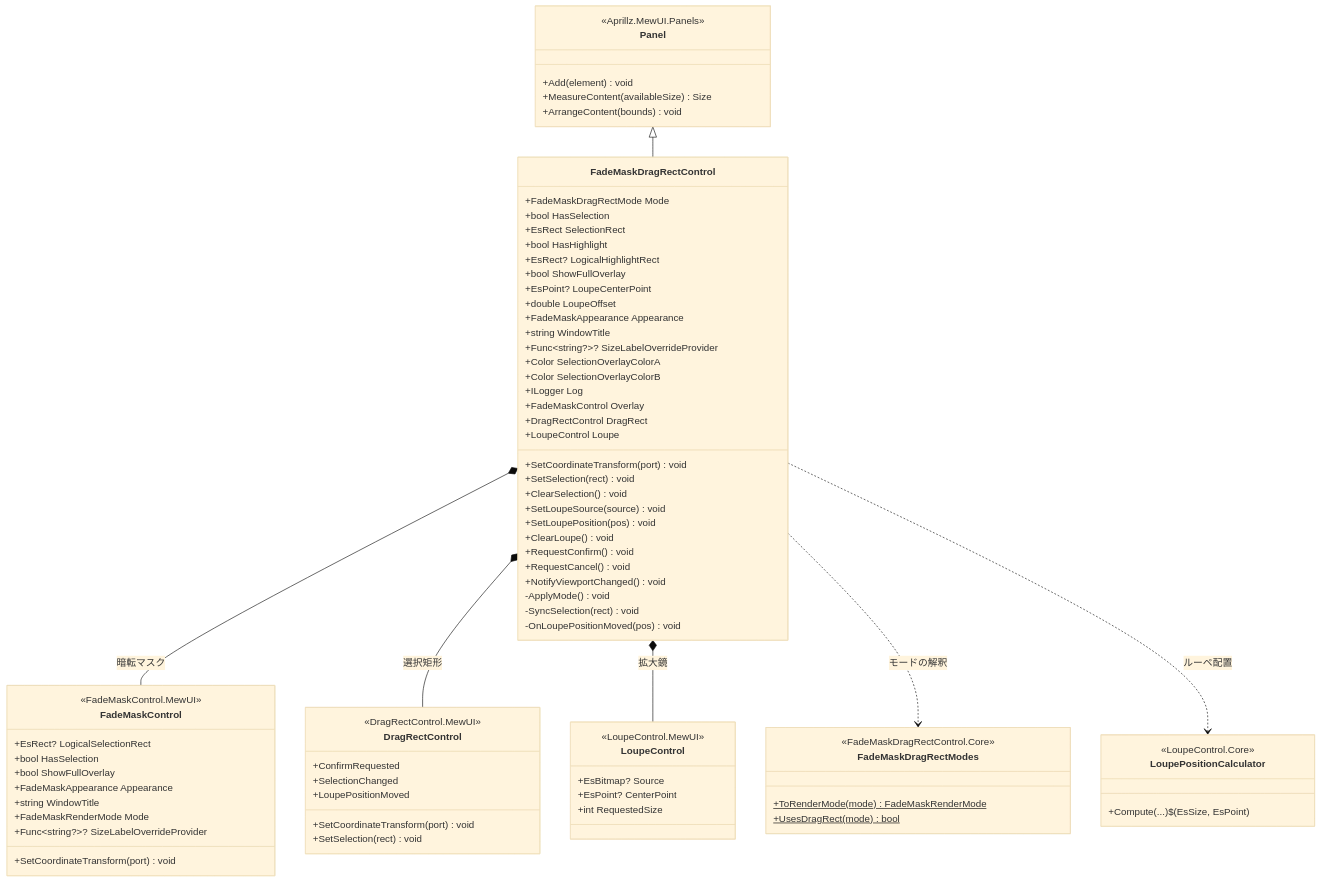
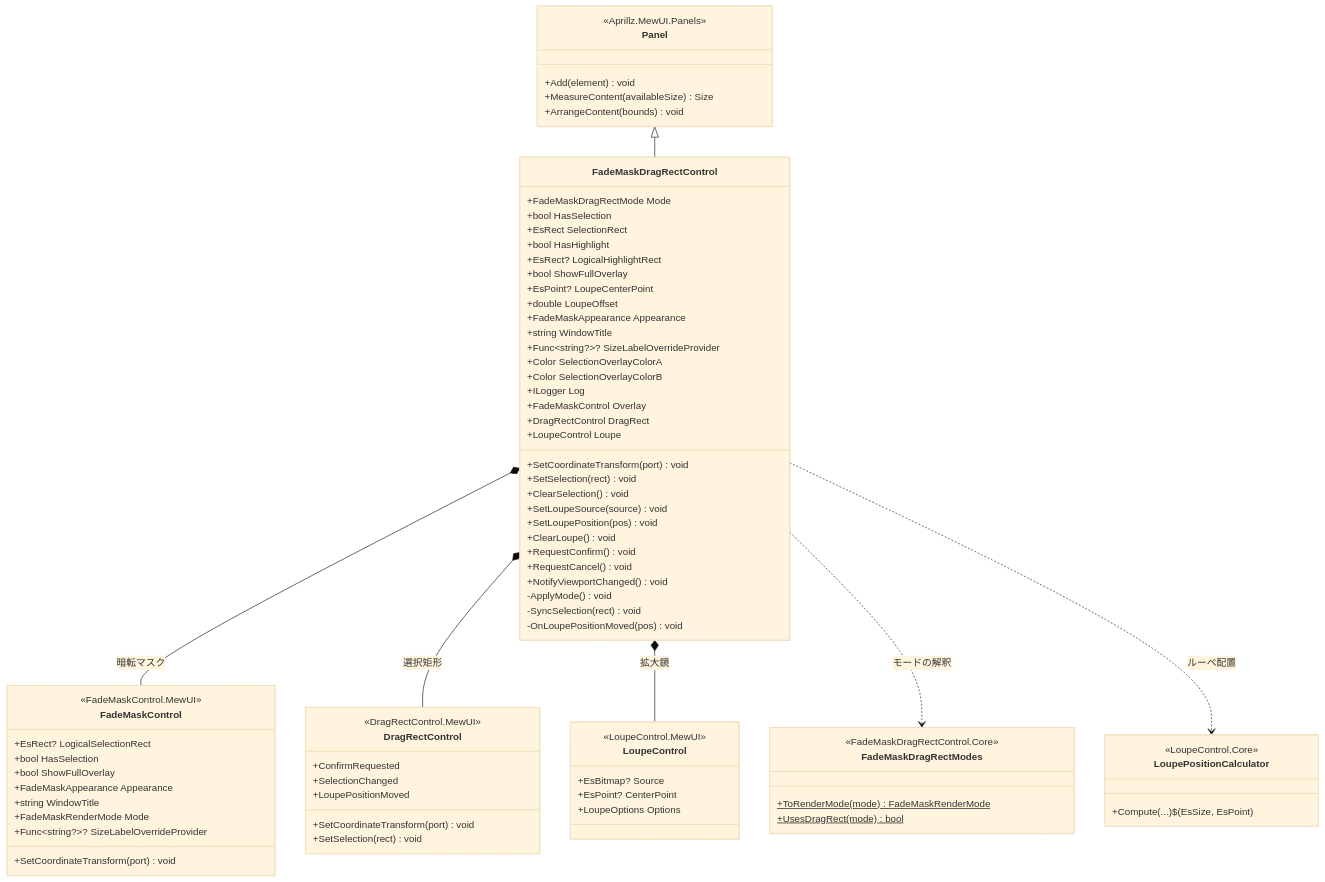
One commit to tomokuni/SaveEvidence changed the first of 4 diagrams in src/FadeMaskDragRectControl.MewUI/SPEC_System.md. Above: the diagram before and after it, drawn with Mermaid (base theme). The commit also changed other lines of this file and 122 other files, not shown here.

````diff
--- a/src/FadeMaskDragRectControl.MewUI/SPEC_System.md
+++ b/src/FadeMaskDragRectControl.MewUI/SPEC_System.md
@@ -95,81 +95,81 @@
 ```mermaid
 classDiagram
     class Panel {
         <<Aprillz.MewUI.Panels>>
         +Add(element) void
         +MeasureContent(availableSize) Size
         +ArrangeContent(bounds) void
     }
     class FadeMaskDragRectControl {
         +FadeMaskDragRectMode Mode
         +bool HasSelection
         +EsRect SelectionRect
         +bool HasHighlight
         +EsRect? LogicalHighlightRect
         +bool ShowFullOverlay
         +EsPoint? LoupeCenterPoint
         +double LoupeOffset
         +FadeMaskAppearance Appearance
         +string WindowTitle
         +Func~string?~? SizeLabelOverrideProvider
         +Color SelectionOverlayColorA
         +Color SelectionOverlayColorB
         +ILogger Log
         +FadeMaskControl Overlay
         +DragRectControl DragRect
         +LoupeControl Loupe
         +SetCoordinateTransform(port) void
         +SetSelection(rect) void
         +ClearSelection() void
         +SetLoupeSource(source) void
         +SetLoupePosition(pos) void
         +ClearLoupe() void
         +RequestConfirm() void
         +RequestCancel() void
         +NotifyViewportChanged() void
         -ApplyMode() void
         -SyncSelection(rect) void
         -OnLoupePositionMoved(pos) void
     }
     class FadeMaskControl {
         <<FadeMaskControl.MewUI>>
         +EsRect? LogicalSelectionRect
         +bool HasSelection
         +bool ShowFullOverlay
         +FadeMaskAppearance Appearance
         +string WindowTitle
         +FadeMaskRenderMode Mode
         +Func~string?~? SizeLabelOverrideProvider
         +SetCoordinateTransform(port) void
     }
     class DragRectControl {
         <<DragRectControl.MewUI>>
         +SetCoordinateTransform(port) void
         +SetSelection(rect) void
         +ConfirmRequested
         +SelectionChanged
         +LoupePositionMoved
     }
     class LoupeControl {
         <<LoupeControl.MewUI>>
         +EsBitmap? Source
         +EsPoint? CenterPoint
-        +int RequestedSize
+        +LoupeOptions Options
     }
     class FadeMaskDragRectModes {
         <<FadeMaskDragRectControl.Core>>
         +ToRenderMode(mode)$ FadeMaskRenderMode
         +UsesDragRect(mode)$ bool
     }
     class LoupePositionCalculator {
         <<LoupeControl.Core>>
         +Compute(...)$ (EsSize, EsPoint)
     }
 
     Panel <|-- FadeMaskDragRectControl
     FadeMaskDragRectControl *-- FadeMaskControl : 暗転マスク
     FadeMaskDragRectControl *-- DragRectControl : 選択矩形
     FadeMaskDragRectControl *-- LoupeControl : 拡大鏡
     FadeMaskDragRectControl ..> FadeMaskDragRectModes : モードの解釈
     FadeMaskDragRectControl ..> LoupePositionCalculator : ルーペ配置
 ```
````
